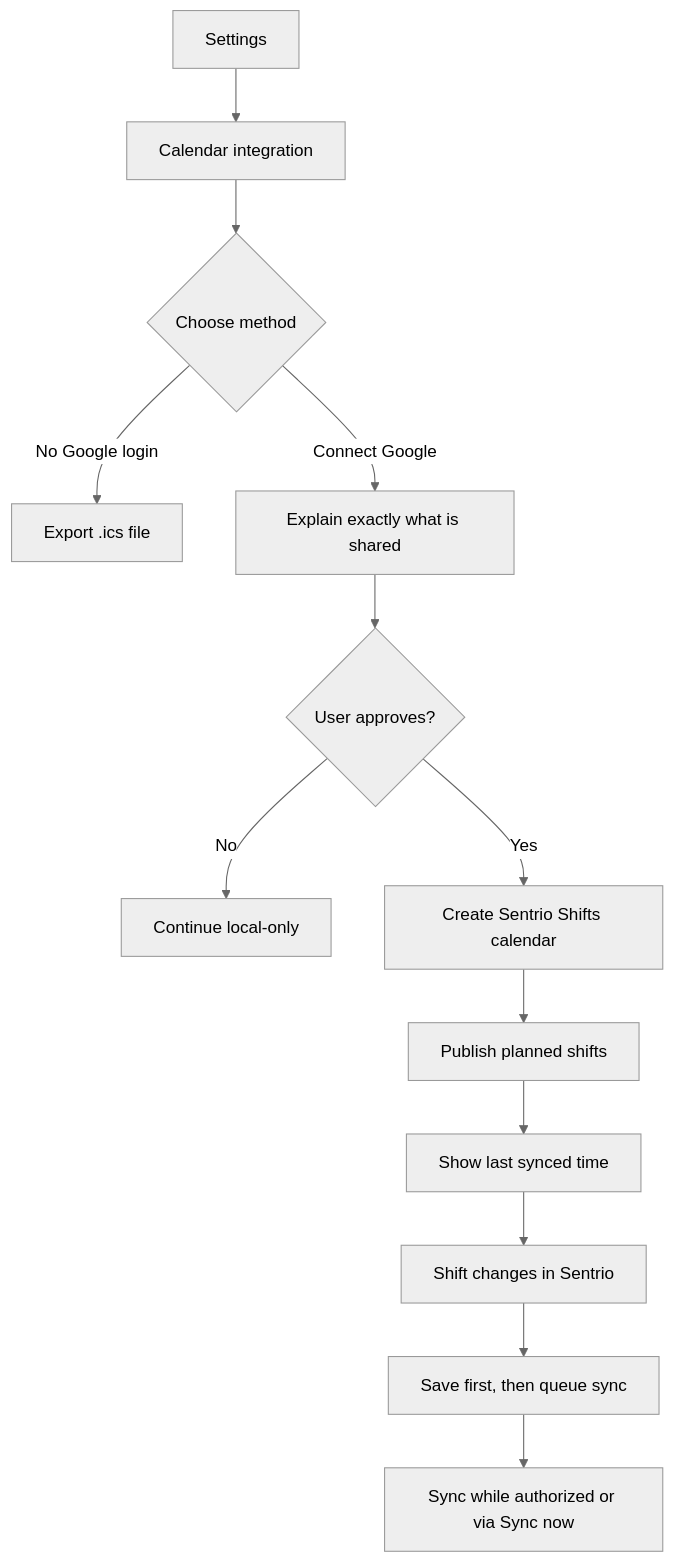
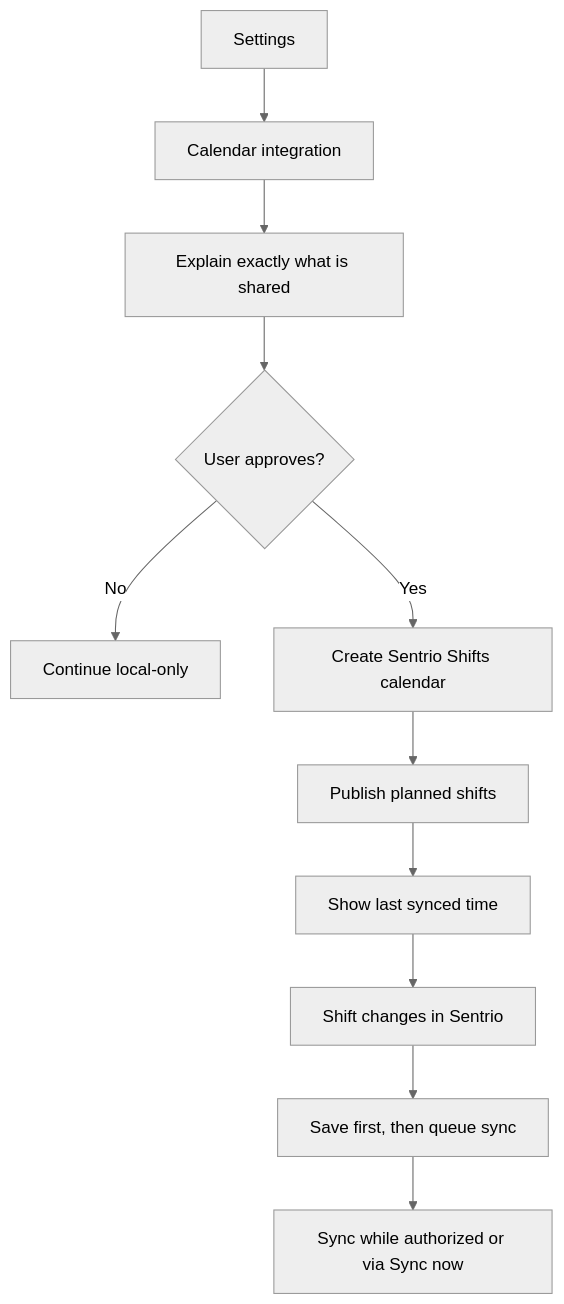
The second of 2 diagrams in docs/USER_FLOW.md (shreenath-ai/sentrio), drawn with Mermaid (neutral theme) before and after one commit. The commit also changed other lines of this file and 2 other files, not shown here.

Commit message:
Update plans after removing ICS export

````diff
--- a/docs/USER_FLOW.md
+++ b/docs/USER_FLOW.md
@@ -86,15 +86,13 @@
 ```mermaid
 flowchart TD
     Settings[Settings] --> Calendar[Calendar integration]
-    Calendar --> Choice{Choose method}
-    Choice -- No Google login --> ICS[Export .ics file]
-    Choice -- Connect Google --> Consent[Explain exactly what is shared]
+    Calendar --> Consent[Explain exactly what is shared]
     Consent --> Approve{User approves?}
     Approve -- No --> Local[Continue local-only]
     Approve -- Yes --> Dedicated[Create Sentrio Shifts calendar]
     Dedicated --> Sync[Publish planned shifts]
     Sync --> Status[Show last synced time]
     Status --> Change[Shift changes in Sentrio]
     Change --> Queue[Save first, then queue sync]
     Queue --> SyncNow[Sync while authorized or via Sync now]
 ```
````
